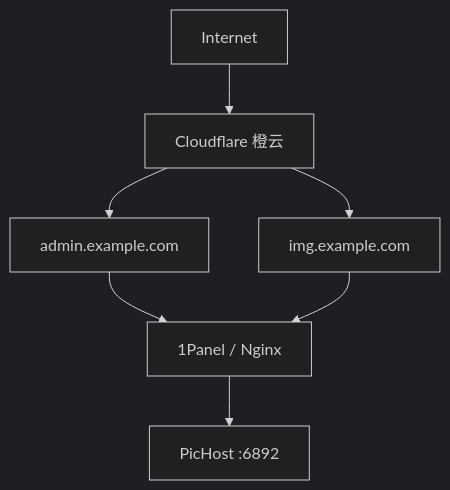
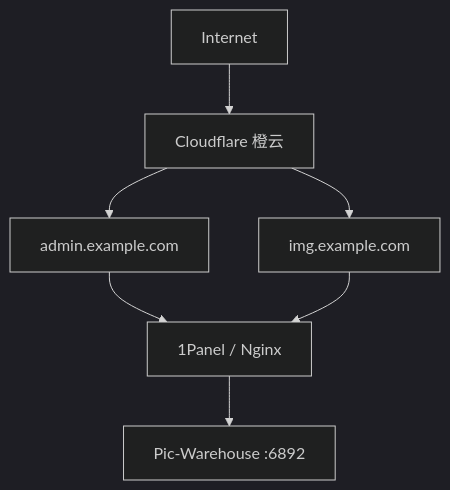
One commit to muxin-403/Pic-Warehouse changed the first of 2 diagrams in docs-site/guide/cloudflare-deployment.md. Above: the diagram before and after it, drawn with Mermaid (dark theme). The commit also changed other lines of this file and 37 other files, not shown here.

First line of the commit message:
docs: 项目更名 Pic-Warehouse 并迁移镜像地址至 GHCR

````diff
--- a/docs-site/guide/cloudflare-deployment.md
+++ b/docs-site/guide/cloudflare-deployment.md
@@ -30,16 +30,16 @@
 ```mermaid
 flowchart TB
   internet[Internet]
   cf[Cloudflare 橙云]
   admin[admin.example.com]
   img[img.example.com]
   panel[1Panel / Nginx]
-  app[PicHost :6892]
+  app[Pic-Warehouse :6892]
 
   internet --> cf
   cf --> admin
   cf --> img
   admin --> panel
   img --> panel
   panel --> app
 ```
````
